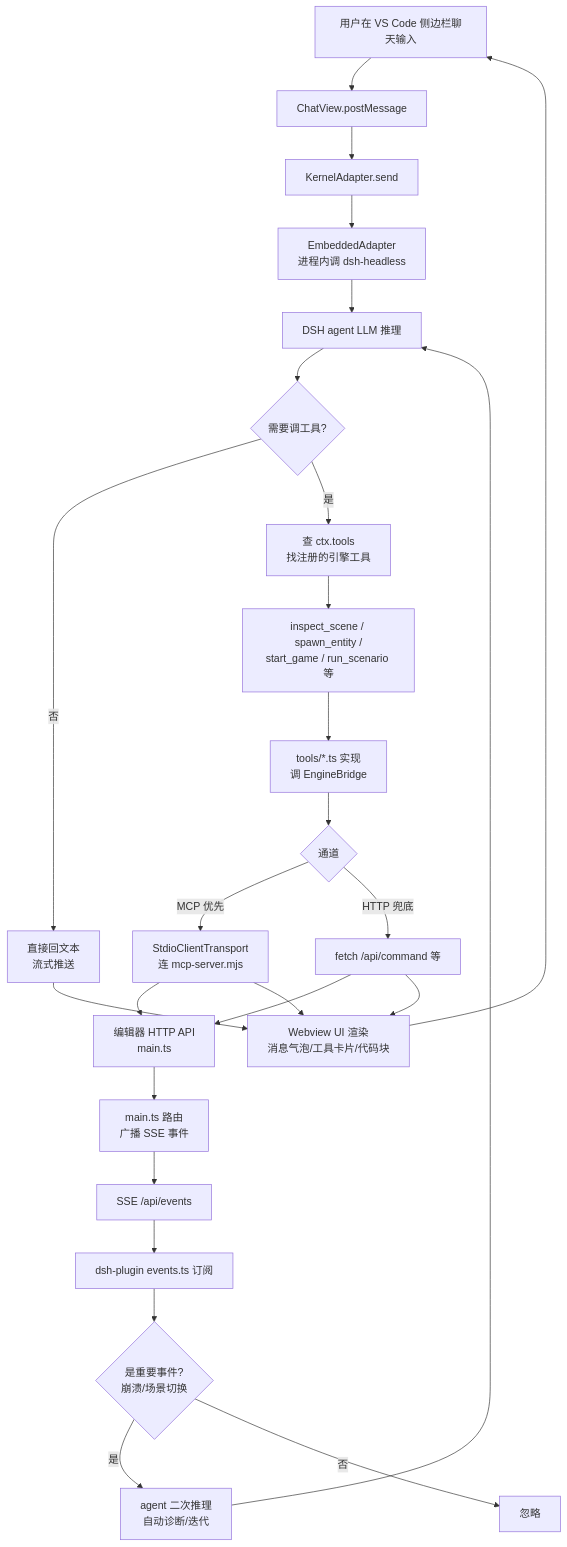
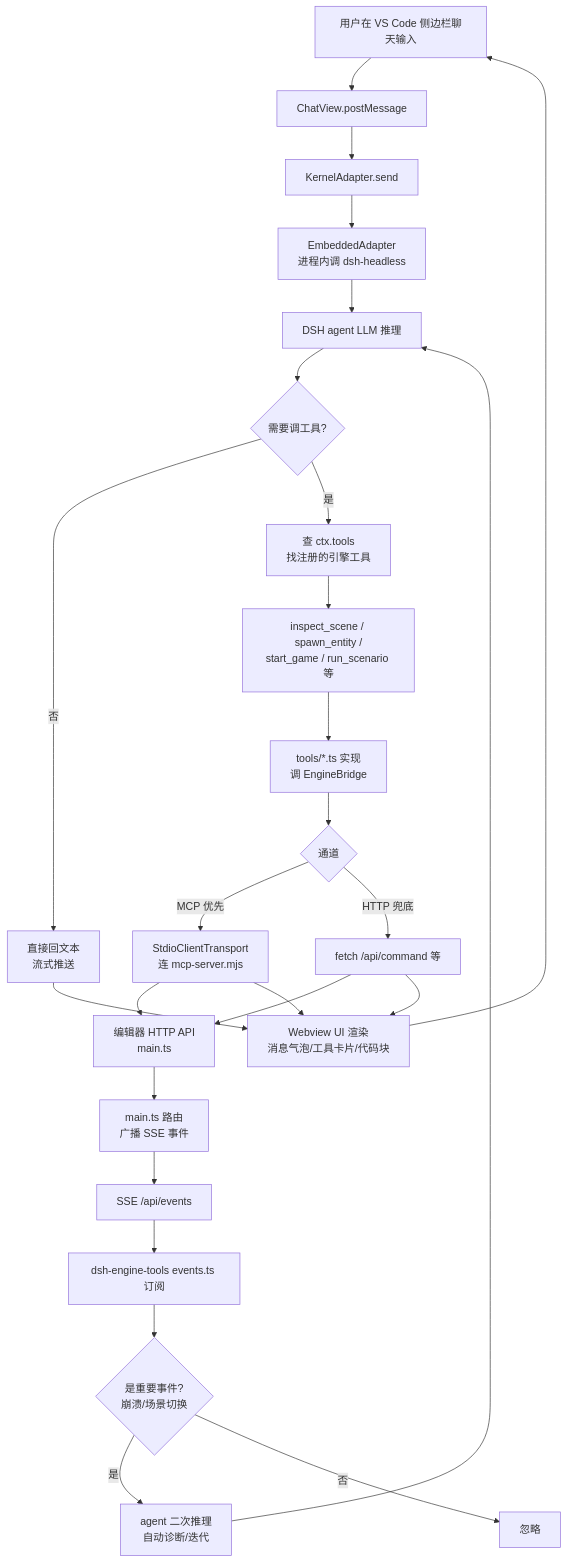
Before and after one commit to Kaplc/DemoStudio: the diagram in doc/harness/harness_system.md, drawn with Mermaid. The commit also changed other lines of this file and 2 other files, not shown here.

Commit message:
docs(harness): 新增 DSH 插件安装与加载机制文档并修正插件目录名

````diff
--- a/doc/harness/harness_system.md
+++ b/doc/harness/harness_system.md
@@ -212,28 +212,28 @@
 ```mermaid
 flowchart TD
     A[用户在 VS Code 侧边栏聊天输入] --> B[ChatView.postMessage]
     B --> C[KernelAdapter.send]
     C --> D[EmbeddedAdapter<br/>进程内调 dsh-headless]
     D --> E[DSH agent LLM 推理]
     E --> F{需要调工具?}
     F -- 否 --> G[直接回文本<br/>流式推送]
     F -- 是 --> H[查 ctx.tools<br/>找注册的引擎工具]
     H --> I[inspect_scene / spawn_entity /<br/>start_game / run_scenario 等]
     I --> J[tools/*.ts 实现<br/>调 EngineBridge]
     J --> K{通道}
     K -- MCP 优先 --> L[StdioClientTransport<br/>连 mcp-server.mjs]
     K -- HTTP 兜底 --> M[fetch /api/command 等]
     L --> N[编辑器 HTTP API<br/>main.ts]
     M --> N
     N --> O[main.ts 路由<br/>广播 SSE 事件]
     O --> P[SSE /api/events]
-    P --> Q[dsh-plugin events.ts 订阅]
+    P --> Q[dsh-engine-tools events.ts 订阅]
     Q --> R{是重要事件?<br/>崩溃/场景切换}
     R -- 是 --> S[agent 二次推理<br/>自动诊断/迭代]
     R -- 否 --> T[忽略]
     S --> E
     G --> U[Webview UI 渲染<br/>消息气泡/工具卡片/代码块]
     L --> U
     M --> U
     U --> A
 ```
````
